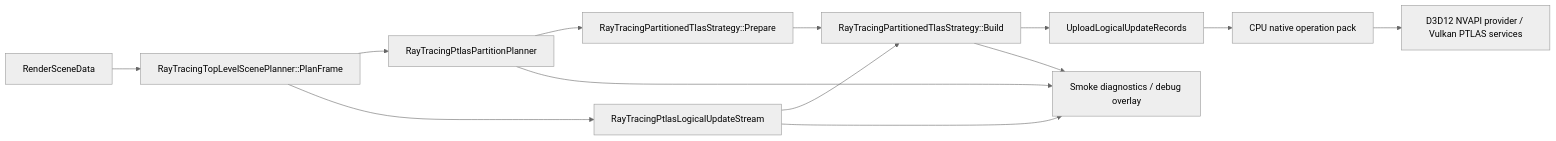
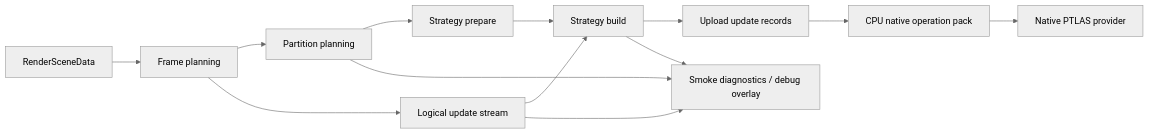
Before and after one commit to stoleckipawel/DeepSparkBlog: the diagram in content/posts/ptlas-engine-transition/index.md, drawn with Mermaid (neutral theme). The commit also changed other lines of this file and 4 other files, not shown here.

```diff
--- a/content/posts/ptlas-engine-transition/index.md
+++ b/content/posts/ptlas-engine-transition/index.md
@@ -118,26 +113,26 @@
 {{< mermaid >}}
 flowchart LR
     A["RenderSceneData"]
-    B["RayTracingTopLevelScenePlanner::PlanFrame"]
-    C["RayTracingPtlasPartitionPlanner"]
-    D["RayTracingPtlasLogicalUpdateStream"]
-    E["RayTracingPartitionedTlasStrategy::Prepare"]
-    F["RayTracingPartitionedTlasStrategy::Build"]
-    G["UploadLogicalUpdateRecords"]
+    B["Frame planning"]
+    C["Partition planning"]
+    D["Logical update stream"]
+    E["Strategy prepare"]
+    F["Strategy build"]
+    G["Upload update records"]
     H["CPU native operation pack"]
-    I["D3D12 NVAPI provider / Vulkan PTLAS services"]
+    I["Native PTLAS provider"]
     J["Smoke diagnostics / debug overlay"]
 
     A --> B
     B --> C
     B --> D
     C --> E
     D --> F
     E --> F
     F --> G
     G --> H
     H --> I
     C --> J
     D --> J
     F --> J
 {{< /mermaid >}}
```
